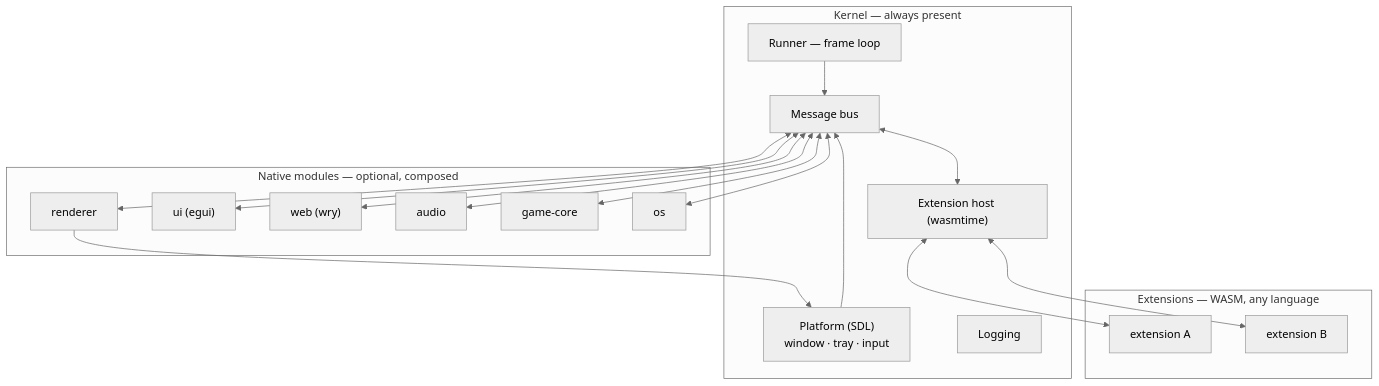
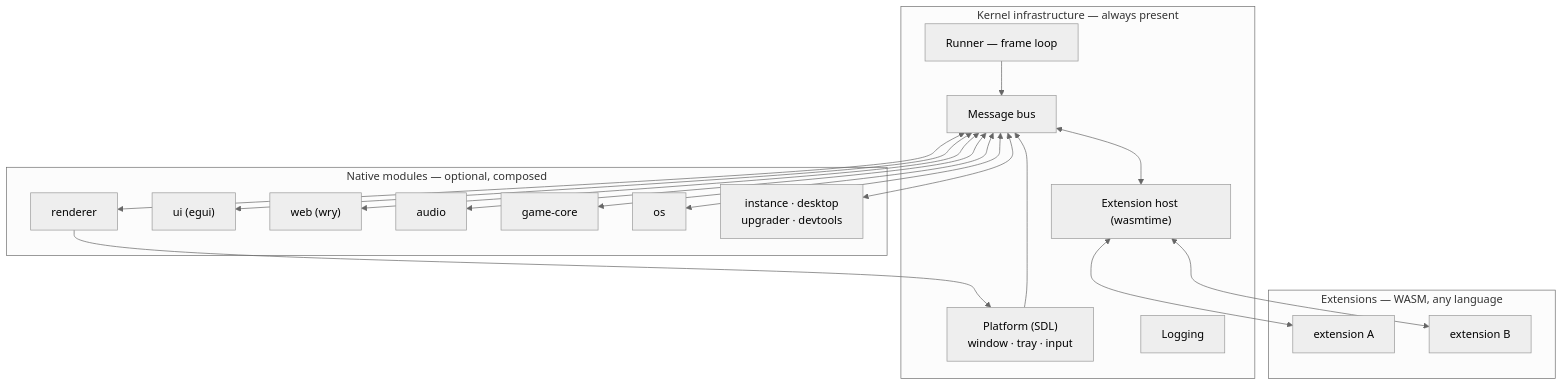
The diagram in docs/architecture/overview.md (an-dr/bones), drawn with Mermaid (neutral theme) before and after one commit. The commit also changed other lines of this file and 423 other files, not shown here.

````diff
--- a/docs/architecture/overview.md
+++ b/docs/architecture/overview.md
@@ -25,37 +25,39 @@
 ```mermaid
 graph TD
-    subgraph Kernel["Kernel — always present"]
+    subgraph Kernel infrastructure["Kernel infrastructure — always present"]
         Bus["Message bus"]
         Host["Extension host (wasmtime)"]
         Platform["Platform (SDL)<br/>window · tray · input"]
         Runner["Runner — frame loop"]
         Log["Logging"]
     end
 
     subgraph Modules["Native modules — optional, composed"]
         Renderer["renderer"]
         UI["ui (egui)"]
         Web["web (wry)"]
         Audio["audio"]
         GameCore["game-core"]
         OS["os"]
+        App["instance · desktop<br/>upgrader · devtools"]
     end
 
     subgraph Ext["Extensions — WASM, any language"]
         ExtA["extension A"]
         ExtB["extension B"]
     end
 
     Platform --> Bus
     Bus <--> Host
     Host <--> ExtA
     Host <--> ExtB
     Bus <--> Renderer
     Bus <--> UI
     Bus <--> Web
     Bus <--> Audio
     Bus <--> GameCore
     Bus <--> OS
+    Bus <--> App
     Runner --> Bus
     Renderer --> Platform
 ```
````
